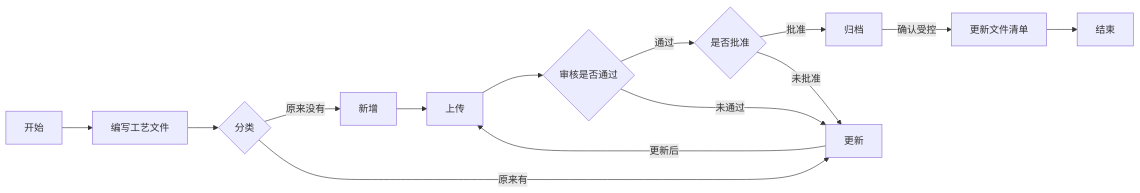
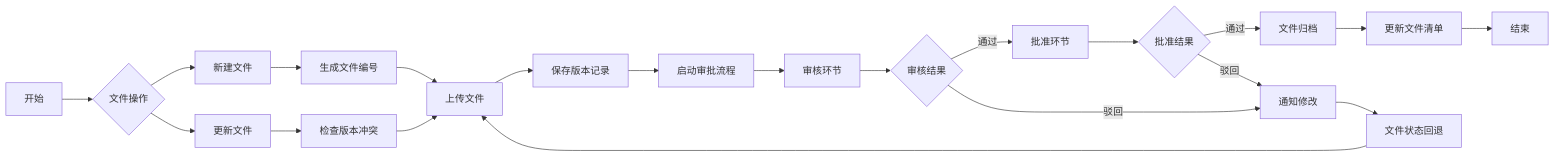
The diagram in 工艺文件管理系统.md (iamjing66/ProcessMS), drawn with Mermaid before and after one commit. The commit also changed other lines of this file and 25 other files, not shown here.

````diff
--- a/工艺文件管理系统.md
+++ b/工艺文件管理系统.md
@@ -68,12 +68,30 @@
 ```mermaid
 graph LR
-A[开始] --> Y[编写工艺文件] --> V{分类} 
-V --> |原来没有|O[新增] --> B
-V --> |原来有|P[更新] --> |更新后|B
-B[上传] --> H{审核是否通过} 
-E[归档]--> |确认受控|F[更新文件清单]-->Z[结束]
-H --> |通过|G{是否批准}
-H --> |未通过|P
-G --> |批准|E
-G --> |未批准|P
+    A[开始] --> B{文件操作}
+    B --> C[新建文件]
+    B --> D[更新文件]
+    
+    C --> E[生成文件编号]
+    D --> F[检查版本冲突]
+    
+    E --> G[上传文件]
+    F --> G
+    
+    G --> H[保存版本记录]
+    H --> I[启动审批流程]
+    
+    I --> J[审核环节]
+    J --> K{审核结果}
+    K -->|通过| L[批准环节]
+    K -->|驳回| M[通知修改]
+    
+    L --> N{批准结果}
+    N -->|通过| O[文件归档]
+    N -->|驳回| M
+    
+    O --> P[更新文件清单]
+    P --> Q[结束]
+    
+    M --> R[文件状态回退]
+    R --> G
 ```
````
